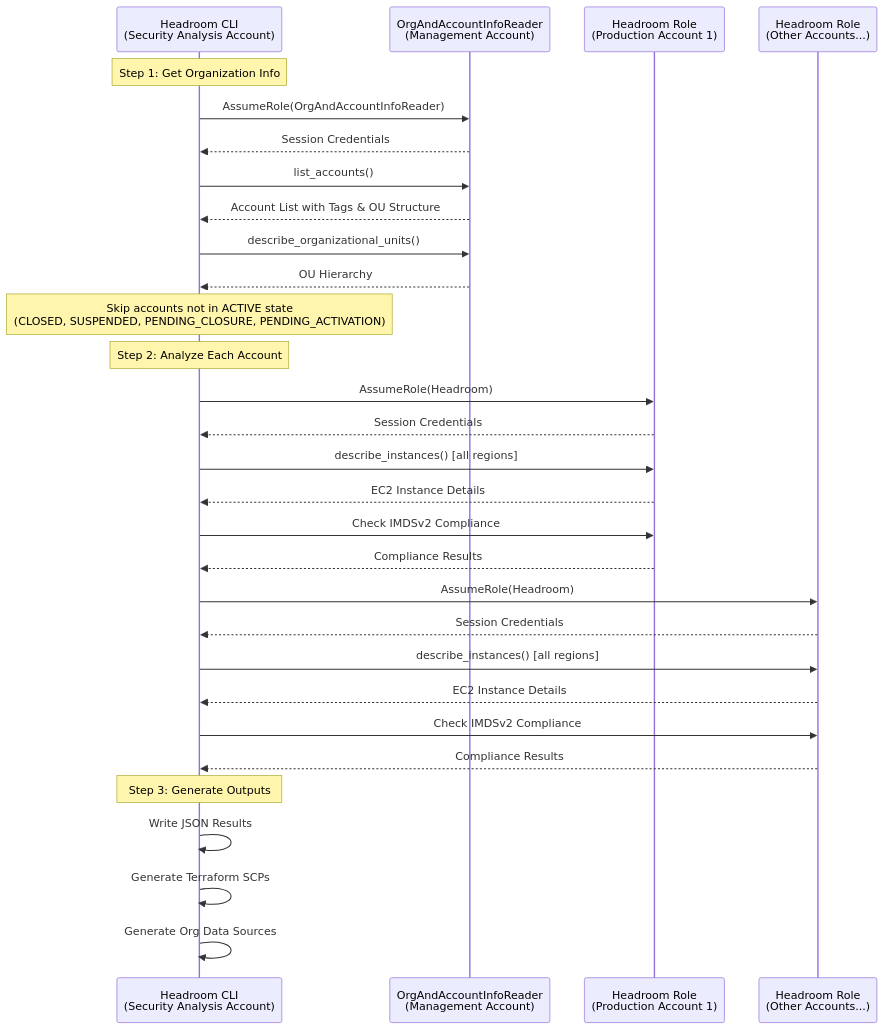
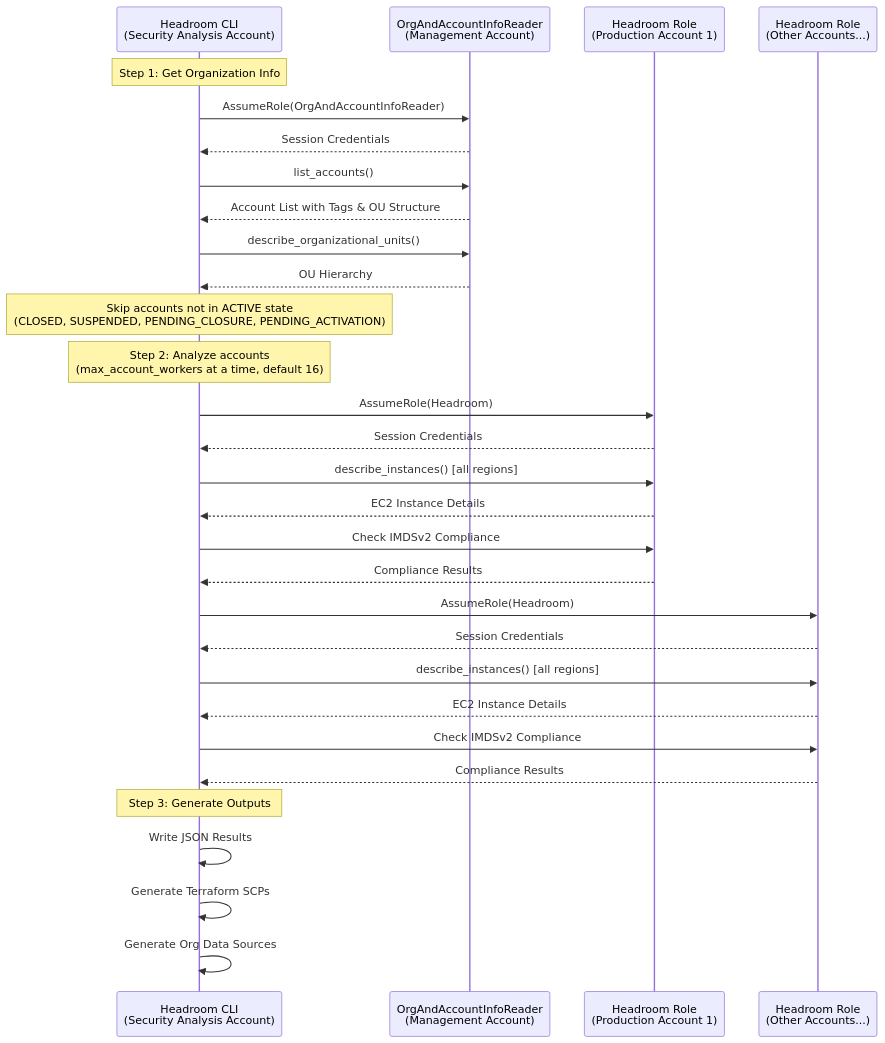
One commit to discocrayon/Headroom changed the second of 2 diagrams in documentation/ARCHITECTURE.md. Above: the diagram before and after it, drawn with Mermaid. The commit also changed other lines of this file and 11 other files, not shown here.

````diff
--- a/documentation/ARCHITECTURE.md
+++ b/documentation/ARCHITECTURE.md
@@ -102,36 +102,36 @@
 ```mermaid
 sequenceDiagram
     participant Tool as Headroom CLI<br/>(Security Analysis Account)
     participant Mgmt as OrgAndAccountInfoReader<br/>(Management Account)
     participant Prod1 as Headroom Role<br/>(Production Account 1)
     participant ProdN as Headroom Role<br/>(Other Accounts...)
 
     Note over Tool: Step 1: Get Organization Info
     Tool->>Mgmt: AssumeRole(OrgAndAccountInfoReader)
     Mgmt-->>Tool: Session Credentials
     Tool->>Mgmt: list_accounts()
     Mgmt-->>Tool: Account List with Tags & OU Structure
     Tool->>Mgmt: describe_organizational_units()
     Mgmt-->>Tool: OU Hierarchy
     Note over Tool: Skip accounts not in ACTIVE state<br/>(CLOSED, SUSPENDED, PENDING_CLOSURE, PENDING_ACTIVATION)
 
-    Note over Tool: Step 2: Analyze Each Account
+    Note over Tool: Step 2: Analyze accounts<br/>(max_account_workers at a time, default 16)
     Tool->>Prod1: AssumeRole(Headroom)
     Prod1-->>Tool: Session Credentials
     Tool->>Prod1: describe_instances() [all regions]
     Prod1-->>Tool: EC2 Instance Details
     Tool->>Prod1: Check IMDSv2 Compliance
     Prod1-->>Tool: Compliance Results
 
     Tool->>ProdN: AssumeRole(Headroom)
     ProdN-->>Tool: Session Credentials
     Tool->>ProdN: describe_instances() [all regions]
     ProdN-->>Tool: EC2 Instance Details
     Tool->>ProdN: Check IMDSv2 Compliance
     ProdN-->>Tool: Compliance Results
 
     Note over Tool: Step 3: Generate Outputs
     Tool->>Tool: Write JSON Results
     Tool->>Tool: Generate Terraform SCPs
     Tool->>Tool: Generate Org Data Sources
 ```
````
